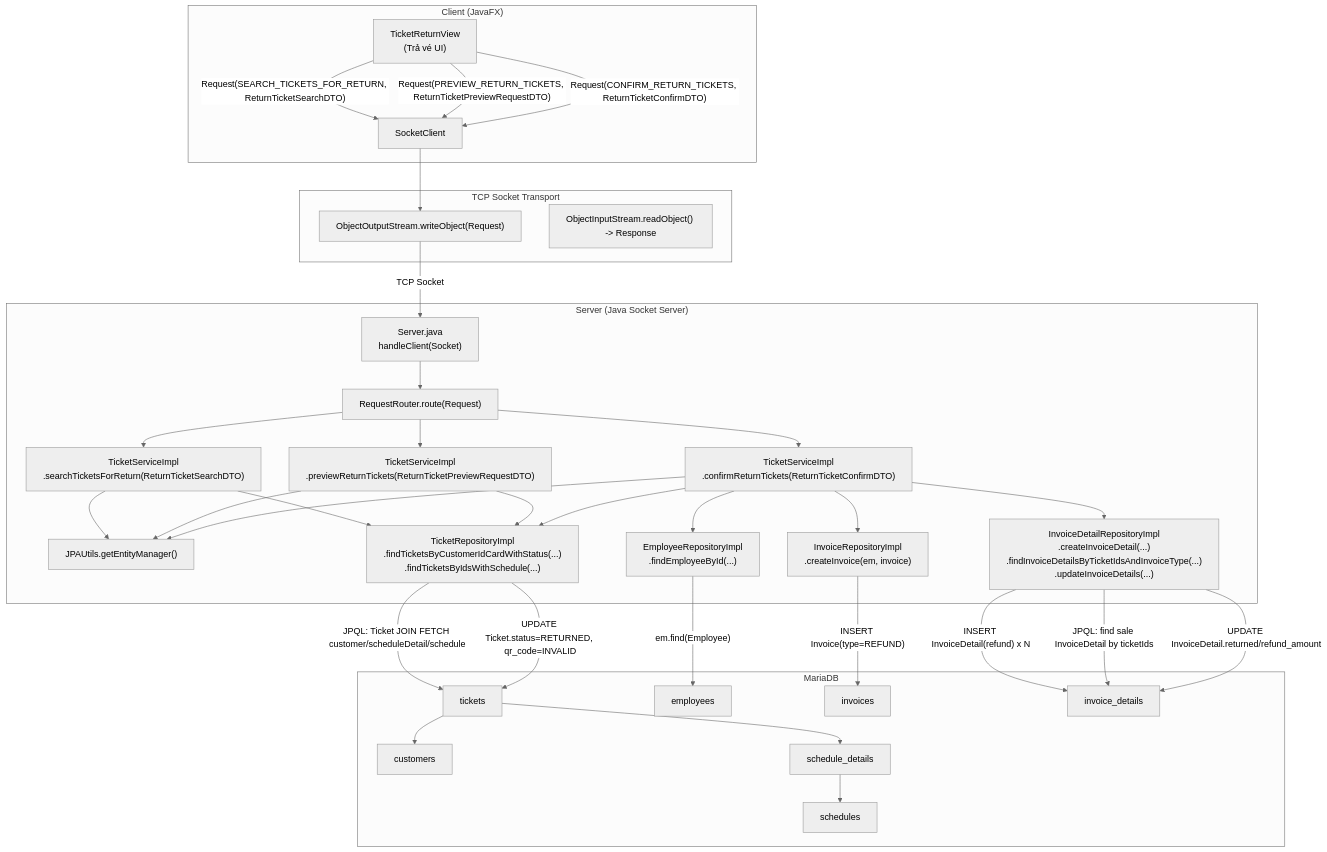
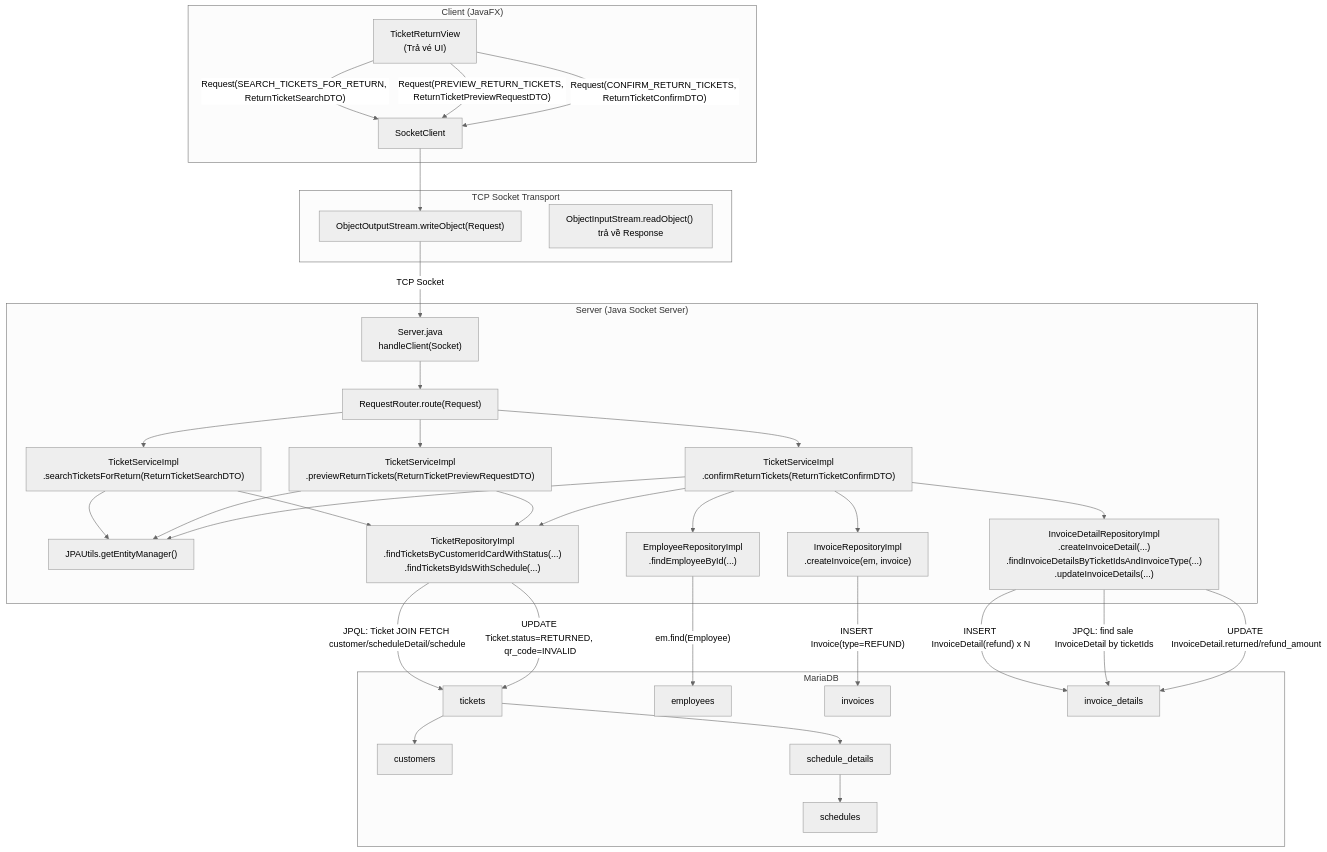
Before and after one commit to Distributed-Programing-Project/railway-reservation-system-server: the first of 3 diagrams in docs/diagrams/sequence/uc003-tra-ve.md, drawn with Mermaid (neutral theme). The commit also changed other lines of this file and 1 other file, not shown here.

````diff
--- a/docs/diagrams/sequence/uc003-tra-ve.md
+++ b/docs/diagrams/sequence/uc003-tra-ve.md
@@ -7,69 +7,69 @@
 ```mermaid
 graph TB
     subgraph CLIENT ["Client (JavaFX)"]
-        UI["TicketReturnView\n(Trả vé UI)"]
+        UI["TicketReturnView<br/>(Trả vé UI)"]
         SC["SocketClient"]
     end
 
     subgraph TRANSPORT ["TCP Socket Transport"]
         OOS["ObjectOutputStream.writeObject(Request)"]
-        OIS["ObjectInputStream.readObject() -> Response"]
+        OIS["ObjectInputStream.readObject() trả về Response"]
     end
 
     subgraph SERVER ["Server (Java Socket Server)"]
-        SRV["Server.java\nhandleClient(Socket)"]
+        SRV["Server.java<br/>handleClient(Socket)"]
         RR["RequestRouter.route(Request)"]
-        SVC1["TicketServiceImpl\n.searchTicketsForReturn(ReturnTicketSearchDTO)"]
-        SVC2["TicketServiceImpl\n.previewReturnTickets(ReturnTicketPreviewRequestDTO)"]
-        SVC3["TicketServiceImpl\n.confirmReturnTickets(ReturnTicketConfirmDTO)"]
+        SVC1["TicketServiceImpl<br/>.searchTicketsForReturn(ReturnTicketSearchDTO)"]
+        SVC2["TicketServiceImpl<br/>.previewReturnTickets(ReturnTicketPreviewRequestDTO)"]
+        SVC3["TicketServiceImpl<br/>.confirmReturnTickets(ReturnTicketConfirmDTO)"]
         JPA["JPAUtils.getEntityManager()"]
-        T_REPO["TicketRepositoryImpl\n.findTicketsByCustomerIdCardWithStatus(...)\n.findTicketsByIdsWithSchedule(...)"]
-        E_REPO["EmployeeRepositoryImpl\n.findEmployeeById(...)"]
-        I_REPO["InvoiceRepositoryImpl\n.createInvoice(em, invoice)"]
-        ID_REPO["InvoiceDetailRepositoryImpl\n.createInvoiceDetail(...)\n.findInvoiceDetailsByTicketIdsAndInvoiceType(...)\n.updateInvoiceDetails(...)"]
+        T_REPO["TicketRepositoryImpl<br/>.findTicketsByCustomerIdCardWithStatus(...)<br/>.findTicketsByIdsWithSchedule(...)"]
+        E_REPO["EmployeeRepositoryImpl<br/>.findEmployeeById(...)"]
+        I_REPO["InvoiceRepositoryImpl<br/>.createInvoice(em, invoice)"]
+        ID_REPO["InvoiceDetailRepositoryImpl<br/>.createInvoiceDetail(...)<br/>.findInvoiceDetailsByTicketIdsAndInvoiceType(...)<br/>.updateInvoiceDetails(...)"]
     end
 
     subgraph DB ["MariaDB"]
         T_TICKET["tickets"]
         T_CUS["customers"]
         T_SD["schedule_details"]
         T_SCH["schedules"]
         T_EMP["employees"]
         T_INV["invoices"]
         T_INVD["invoice_details"]
     end
 
     UI -- "Request(SEARCH_TICKETS_FOR_RETURN, ReturnTicketSearchDTO)" --> SC
     UI -- "Request(PREVIEW_RETURN_TICKETS, ReturnTicketPreviewRequestDTO)" --> SC
     UI -- "Request(CONFIRM_RETURN_TICKETS, ReturnTicketConfirmDTO)" --> SC
 
     SC --> OOS
     OOS -- "TCP Socket" --> SRV
     SRV --> RR
     RR --> SVC1
     RR --> SVC2
     RR --> SVC3
 
     SVC1 --> JPA
     SVC2 --> JPA
     SVC3 --> JPA
 
     SVC1 --> T_REPO
     SVC2 --> T_REPO
     SVC3 --> T_REPO
     SVC3 --> E_REPO
     SVC3 --> I_REPO
     SVC3 --> ID_REPO
 
     T_REPO -- "JPQL: Ticket JOIN FETCH customer/scheduleDetail/schedule" --> T_TICKET
     E_REPO -- "em.find(Employee)" --> T_EMP
     I_REPO -- "INSERT Invoice(type=REFUND)" --> T_INV
     ID_REPO -- "INSERT InvoiceDetail(refund) x N" --> T_INVD
     ID_REPO -- "JPQL: find sale InvoiceDetail by ticketIds" --> T_INVD
     ID_REPO -- "UPDATE InvoiceDetail.returned/refund_amount" --> T_INVD
     T_REPO -- "UPDATE Ticket.status=RETURNED, qr_code=INVALID" --> T_TICKET
 
     T_TICKET --> T_CUS
     T_TICKET --> T_SD
     T_SD --> T_SCH
 ```
````
